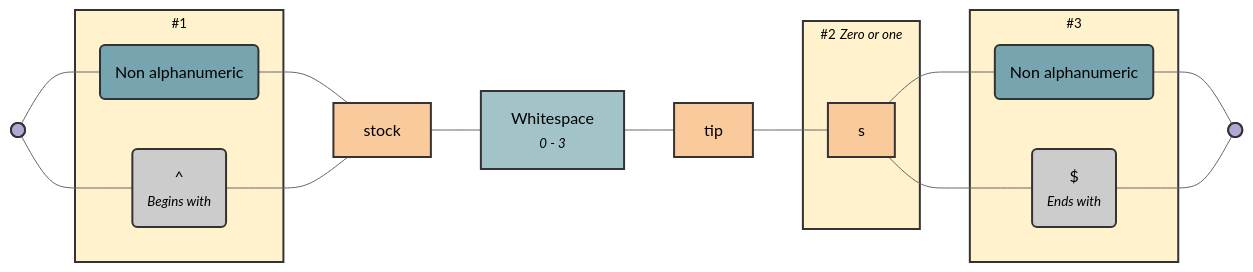
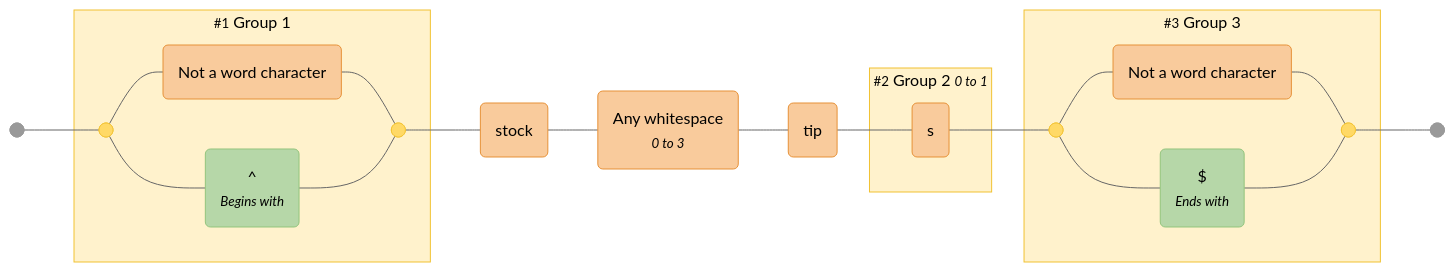
Before and after one commit to tayles/regex-to-mermaid: the diagram in diagrams/example-2.mermaid, drawn with Mermaid (neutral theme). The commit also changed 11 other files, not shown here.

Commit message:
feat: Write example mermaid files

```diff
--- a/diagrams/example-2.mermaid
+++ b/diagrams/example-2.mermaid
@@ -1,76 +1,68 @@
-%% /(\W|^)stock\s{0,3}tip(s){0,1}(\W|$)/gim
+%% Regex: /(\W|^)stock\s{0,3}tip(s){0,1}(\W|$)/gim
 
 graph LR
-    %% Nodes
-    start@{ shape: f-circ, label: "Start" };
-    fin@{ shape: f-circ, label: "End" };
+  %% Nodes
+  start@{ shape: f-circ };
+  fin@{ shape: f-circ };
+  disjunction_begin_1:::disjunction@{ shape: f-circ };
+  disjunction_end_1:::disjunction@{ shape: f-circ };
+  literal_1("Not a word character"):::literal;
+  assertion_1("^<br><i><small>Begins with</small></i>"):::assertion;
+  literal_2("stock"):::literal;
+  literal_3("Any whitespace<br><i><small>0 to 3</small></i>"):::literal;
+  literal_4("tip"):::literal;
+  literal_5("s"):::literal;
+  disjunction_begin_2:::disjunction@{ shape: f-circ };
+  disjunction_end_2:::disjunction@{ shape: f-circ };
+  literal_6("Not a word character"):::literal;
+  assertion_2("$<br><i><small>Ends with</small></i>"):::assertion;
 
-    non_alpha("Non alphanumeric");
-    start_of_line("^<br><i><small>Begins with</small></i>");
-    stock["stock"];
-    whitespace["Whitespace<br><i><small>0 - 3</small></i>"];
-    tip["tip"];
-    s["s"];
-    non_alpha_2("Non alphanumeric");
-    end_of_line("$<br><i><small>Ends with</small></i>");
+  %% Subgraphs
+  subgraph standard_1 ["<small>#1</small> Group 1"]
+    disjunction_begin_1
+    disjunction_end_1
+    literal_1
+    assertion_1
+  end
 
-    %% Subgraphs
-    subgraph group_1 ["<small>#1</small>"];
-        non_alpha
-        start_of_line
-    end
+  subgraph standard_2 ["<small>#2</small> Group 2 <small><i>0 to 1</i></small>"]
+    literal_5
+  end
 
-    subgraph group_2 ["<small>#2</small> <i><small>Zero or one</small></i>"];
-        s
-    end
+  subgraph standard_3 ["<small>#3</small> Group 3"]
+    disjunction_begin_2
+    disjunction_end_2
+    literal_6
+    assertion_2
+  end
 
-    subgraph group_3 ["<small>#3</small>"];
-        non_alpha_2
-        end_of_line
-    end
+  %% Edges
+  start --- disjunction_begin_1;
+  disjunction_begin_1 --- literal_1;
+  literal_1 --- disjunction_end_1;
+  disjunction_begin_1 --- assertion_1;
+  assertion_1 --- disjunction_end_1;
+  disjunction_end_1 --- literal_2;
+  literal_2 --- literal_3;
+  literal_3 --- literal_4;
+  literal_4 --- literal_5;
+  literal_5 --- disjunction_begin_2;
+  disjunction_begin_2 --- literal_6;
+  literal_6 --- disjunction_end_2;
+  disjunction_begin_2 --- assertion_2;
+  assertion_2 --- disjunction_end_2;
+  disjunction_end_2 --- fin;
 
-    %% Edges
-    start --- non_alpha;
-    start --- start_of_line;
-    non_alpha --- stock;
-    start_of_line --- stock;
-    stock --- whitespace;
-    whitespace --- tip;
-    tip --- s;
-    s --- non_alpha_2;
-    s --- end_of_line;
-    non_alpha_2 --- fin;
-    end_of_line --- fin;
+  %% Styles
+  %% Node Styling
+  classDef disjunction fill:#FFD966,stroke:#F1C232,color:#000000;
+  classDef literal fill:#F9CB9C,stroke:#E69138,color:#000000;
+  classDef assertion fill:#B6D7A8,stroke:#93C47D,color:#000000;
 
-    %% Styling Definitions
-    %% Node Styling
-    classDef circle fill:#B4A7D6,stroke:#333,stroke-width:2px,color:black;
-    classDef zeroOrMore fill:#FFE599,stroke:#333,stroke-width:2px,color:black;
-    classDef oneOrMore fill:#B6D7A8,stroke:#333,stroke-width:2px,color:black;
-    classDef zeroOrOne fill:#A2C4C9,stroke:#333,stroke-width:2px,color:black;
-    classDef range fill:#76A5AF,stroke:#333,stroke-width:2px,color:black;
-    classDef oneOf fill:#F6B26B,stroke:#333,stroke-width:2px,color:black;
-    classDef noneOf fill:#E06666,stroke:#333,stroke-width:2px,color:black;
-    classDef literal fill:#F9CB9C,stroke:#333,stroke-width:2px,color:black;
-    classDef terminator fill:#CCCCCC,stroke:#333,stroke-width:2px,color:black;
+  %% Group Styling
+  classDef standard fill:#FFF2CC,stroke:#F1C232,color:#000000;
 
-    %% Group Styling
-    classDef captureGroup fill:#FFF2CC,stroke:#333,stroke-width:2px,color:black;
-    classDef namedCaptureGroup fill:#D9EAD3,stroke:#333,stroke-width:2px,color:black;
-    classDef nonCapturingGroup fill:#CFE2F3,stroke:#333,stroke-width:2px,color:black;
-    classDef positiveLookahead fill:#D5A6BD,stroke:#333,stroke-width:2px,color:black;
-    classDef negativeLookahead fill:#A4C2F4,stroke:#333,stroke-width:2px,color:black;
-    classDef positiveLookbehind fill:#B7B7B7,stroke:#333,stroke-width:2px,color:black;
-    classDef negativeLookbehind fill:#EAD1DC,stroke:#333,stroke-width:2px,color:black;
-    classDef optionalGroup fill:#D9D2E9,stroke:#333,stroke-width:2px,color:black;
+  %% Apply Group Classes
+  class standard_1,standard_2,standard_3 standard;
 
-    %% Apply Styling Classes
-    %% Node Classes
-    class start,fin circle;
-    class start_of_line,end_of_line terminator;
-    class stock,tip,s literal;
-    class whitespace zeroOrOne;
-    class non_alpha,non_alpha_2 range;
-
-    %% Group Classes
-    class group_1,group_2,group_3 captureGroup;
+%% Generated with regex-to-mermaid@1.0.0
```
